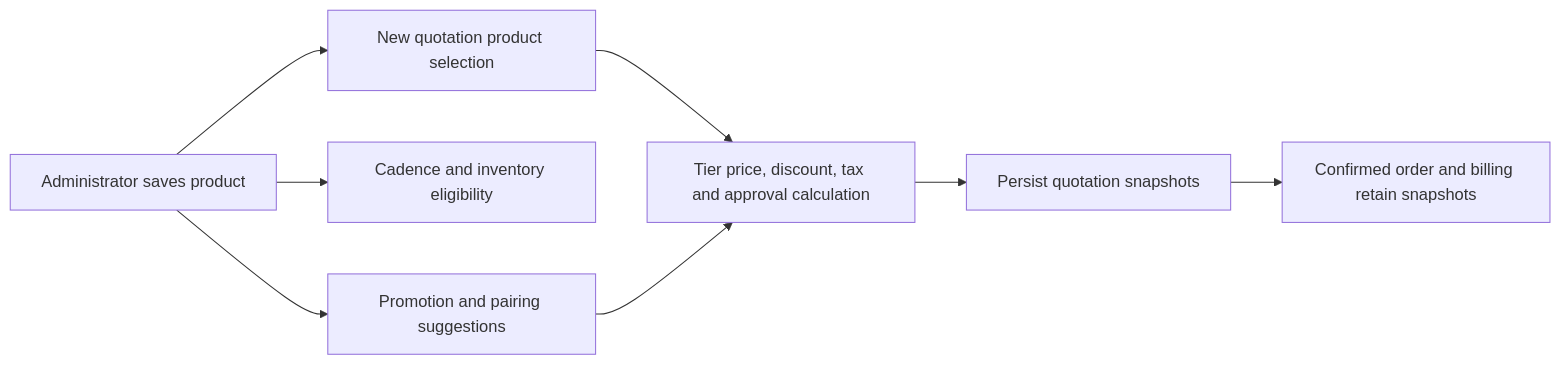
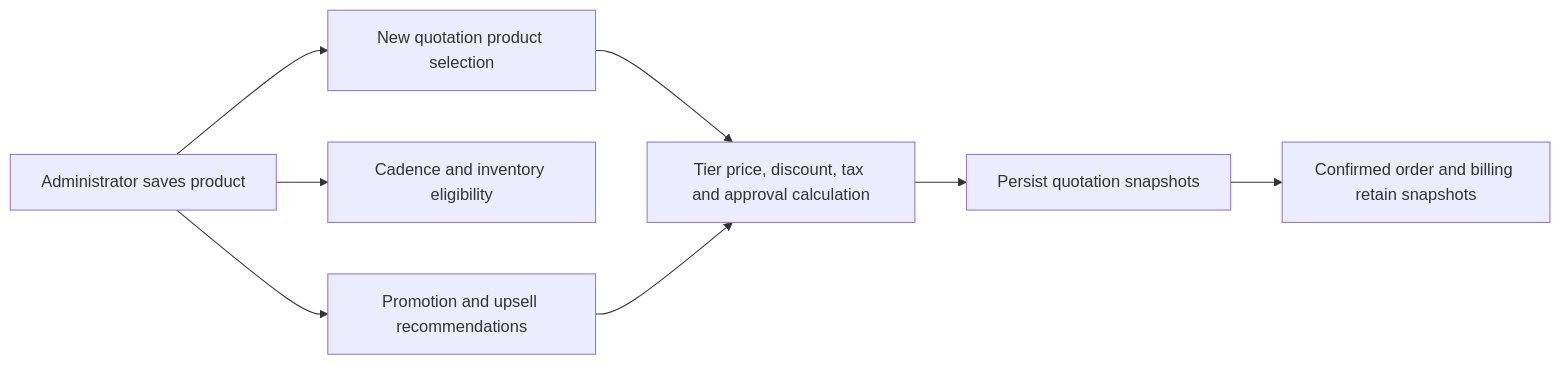
The fifth of 6 diagrams in docs/flows/identity-and-administration.md (Chaudhari0707/deal-flow-360), drawn with Mermaid before and after one commit. The commit also changed other lines of this file and 26 other files, not shown here.

Commit message:
feat: configure product upsell recommendations

````diff
--- a/docs/flows/identity-and-administration.md
+++ b/docs/flows/identity-and-administration.md
@@ -237,12 +237,12 @@
 ```mermaid
 flowchart LR
   accTitle: Catalog configuration feeds commercial decisions
   accDescr: Administrator product edits feed new quote pricing, recurring cadence, stock behavior and suggested additions, while issued records retain their stored amounts.
   A[Administrator saves product] --> B[New quotation product selection]
   A --> C[Cadence and inventory eligibility]
-  A --> D[Promotion and pairing suggestions]
+  A --> D[Promotion and upsell recommendations]
   B --> E[Tier price, discount, tax and approval calculation]
   D --> E
   E --> F[Persist quotation snapshots]
   F --> G[Confirmed order and billing retain snapshots]
 ```
````
